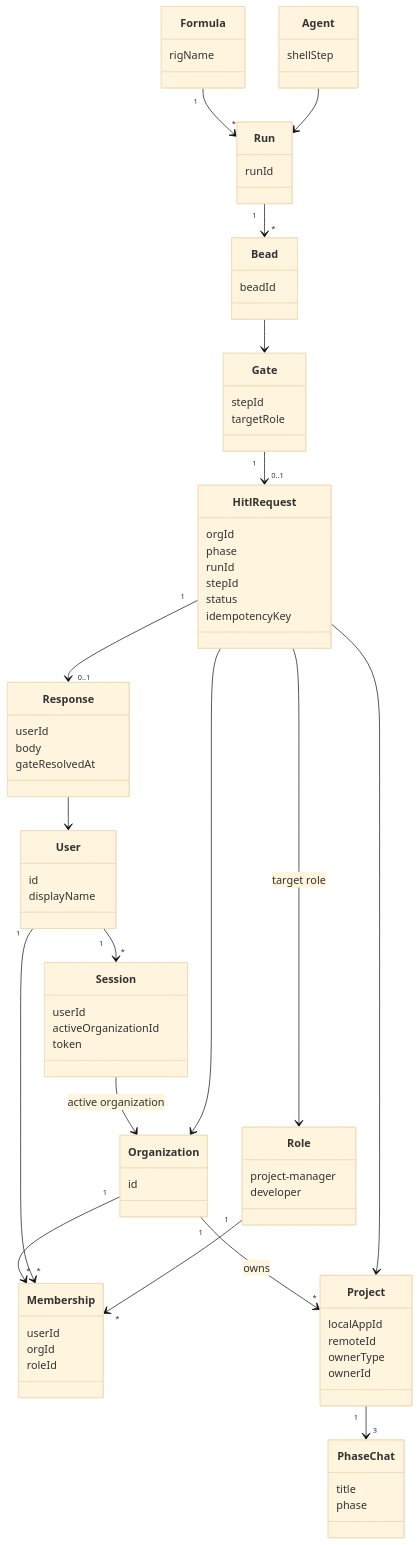
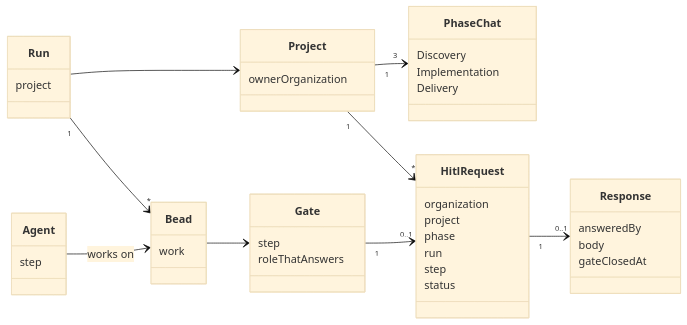
Before and after one commit to Awannaphasch2016/dyad: the fifth of 6 diagrams in docs/multi-tenant-hitl-architecture.md, drawn with Mermaid (base theme). The commit also changed other lines of this file, not shown here.

First line of the commit message:
docs: rewrite multi-tenant HITL architecture for non-builder readers

````diff
--- a/docs/multi-tenant-hitl-architecture.md
+++ b/docs/multi-tenant-hitl-architecture.md
@@ -297,81 +271,47 @@
 ```mermaid
 classDiagram
-  class Organization {
-    id
-  }
-  class User {
-    id
-    displayName
-  }
-  class Role {
-    project-manager
-    developer
-  }
-  class Membership {
-    userId
-    orgId
-    roleId
-  }
-  class Session {
-    userId
-    activeOrganizationId
-    token
-  }
+  direction LR
   class Project {
-    localAppId
-    remoteId
-    ownerType
-    ownerId
+    ownerOrganization
   }
   class PhaseChat {
-    title
-    phase
-  }
-  class Formula {
-    rigName
+    Discovery
+    Implementation
+    Delivery
   }
   class Run {
-    runId
+    project
   }
   class Bead {
-    beadId
+    work
   }
   class Gate {
-    stepId
-    targetRole
+    step
+    roleThatAnswers
   }
   class HitlRequest {
-    orgId
+    organization
+    project
     phase
-    runId
-    stepId
+    run
+    step
     status
-    idempotencyKey
   }
   class Response {
-    userId
+    answeredBy
     body
-    gateResolvedAt
+    gateClosedAt
   }
   class Agent {
-    shellStep
+    step
   }
 
-  Organization "1" --> "*" Membership
-  User "1" --> "*" Membership
-  Role "1" --> "*" Membership
-  User "1" --> "*" Session
-  Session --> Organization : active organization
-  Organization "1" --> "*" Project : owns
+  Run --> Project
   Project "1" --> "3" PhaseChat
-  Formula "1" --> "*" Run
+  Project "1" --> "*" HitlRequest
   Run "1" --> "*" Bead
+  Agent --> Bead : works on
   Bead --> Gate
   Gate "1" --> "0..1" HitlRequest
-  HitlRequest --> Organization
-  HitlRequest --> Project
-  HitlRequest --> Role : target role
   HitlRequest "1" --> "0..1" Response
-  Response --> User
-  Agent --> Run
 ```
````
